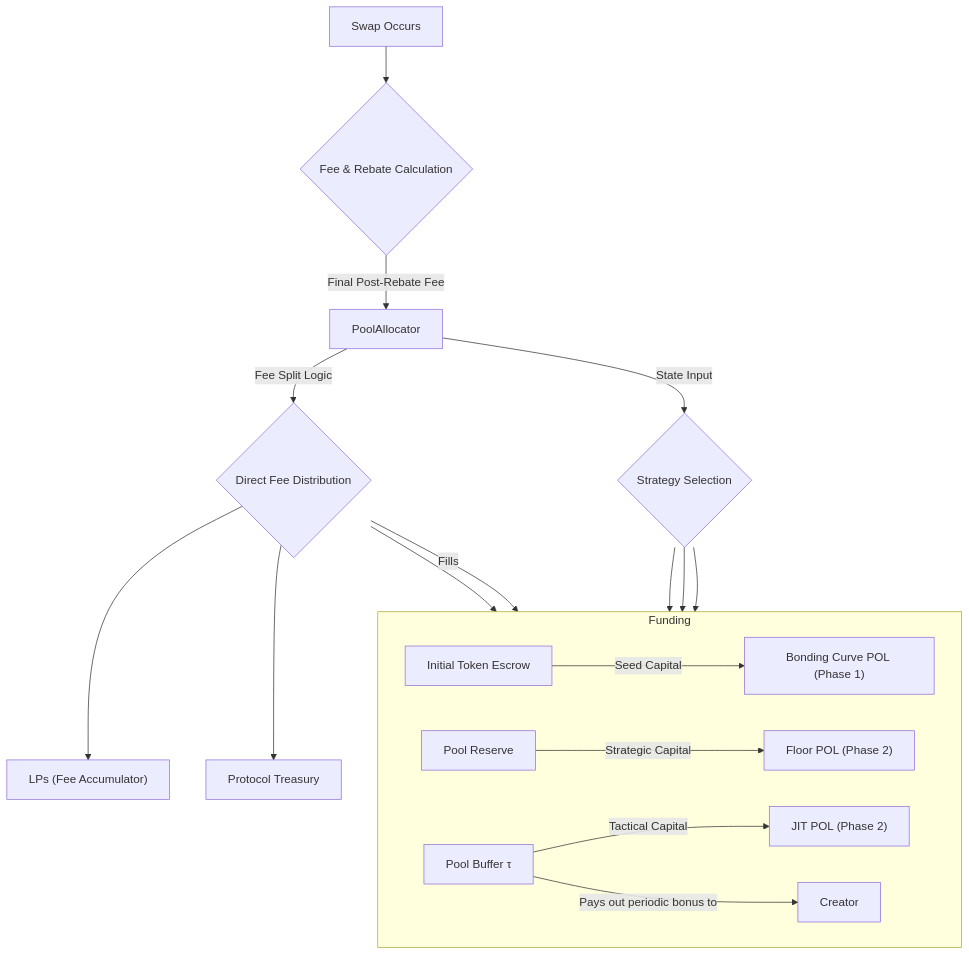
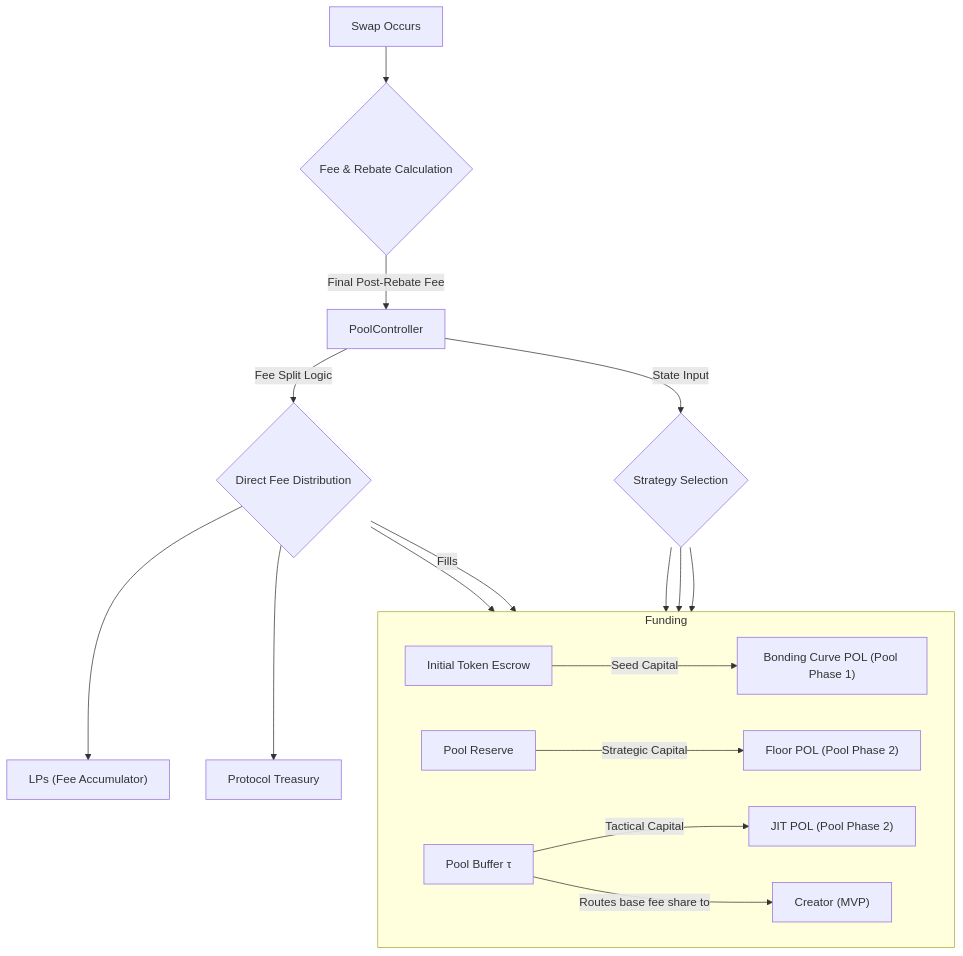
Before and after one commit to FeelsDEX/feels: the diagram in docs/206_pool_allocation.md, drawn with Mermaid. The commit also changed other lines of this file and 56 other files, not shown here.

````diff
--- a/docs/206_pool_allocation.md
+++ b/docs/206_pool_allocation.md
@@ -126,25 +120,25 @@
 ```mermaid
 graph TD
     A[Swap Occurs] --> B{Fee & Rebate Calculation};
-    B --> |Final Post-Rebate Fee| C[PoolAllocator];
+    B --> |Final Post-Rebate Fee| C[PoolController];
 
     C -- Fee Split Logic --> D{Direct Fee Distribution};
     C -- State Input --> J{Strategy Selection};
 
     D --> E["LPs (Fee Accumulator)"];
     D --> G[Protocol Treasury];
     D --> I[Pool Reserve];
     D -- Fills --> F[Pool Buffer τ];
 
-    J --> K["Bonding Curve POL (Phase 1)"];
-    J --> L["Floor POL (Phase 2)"];
-    J --> M["JIT POL (Phase 2)"];
+    J --> K["Bonding Curve POL (Pool Phase 1)"];
+    J --> L["Floor POL (Pool Phase 2)"];
+    J --> M["JIT POL (Pool Phase 2)"];
 
     subgraph Funding
         direction LR
         ESC[Initial Token Escrow] -- Seed Capital --> K;
         I -- Strategic Capital --> L;
         F -- Tactical Capital --> M;
-        F -- Pays out periodic bonus to --> H["Creator"];
+        F -- Routes base fee share to --> H["Creator (MVP)"];
     end
 ```
````
